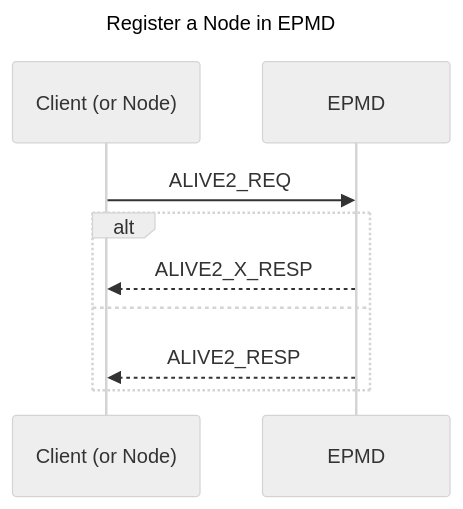
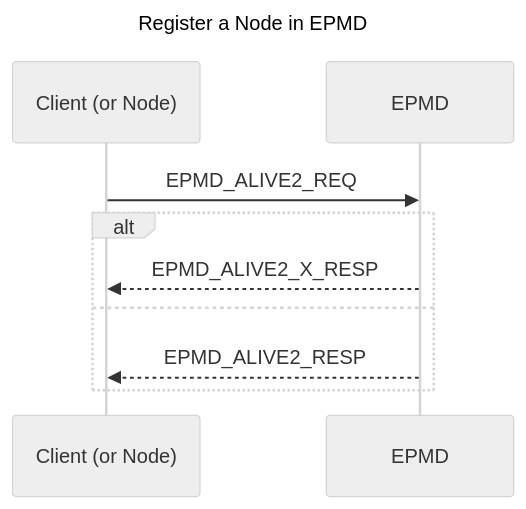
Before and after one commit to erlang/otp: the second of 8 diagrams in erts/doc/guides/erl_dist_protocol.md, drawn with Mermaid (neutral theme). The commit also changed other lines of this file and 3 other files, not shown here.

````diff
--- a/erts/doc/guides/erl_dist_protocol.md
+++ b/erts/doc/guides/erl_dist_protocol.md
@@ -129,15 +129,15 @@
 ```mermaid
 ---
 title: Register a Node in EPMD
 ---
 sequenceDiagram
     participant client as Client (or Node)
     participant EPMD
 
-    client ->> EPMD: ALIVE2_REQ
+    client ->> EPMD: EPMD_ALIVE2_REQ
     alt
-        EPMD -->> client: ALIVE2_X_RESP
+        EPMD -->> client: EPMD_ALIVE2_X_RESP
     else
-        EPMD -->> client: ALIVE2_RESP
+        EPMD -->> client: EPMD_ALIVE2_RESP
     end
 ```
````
